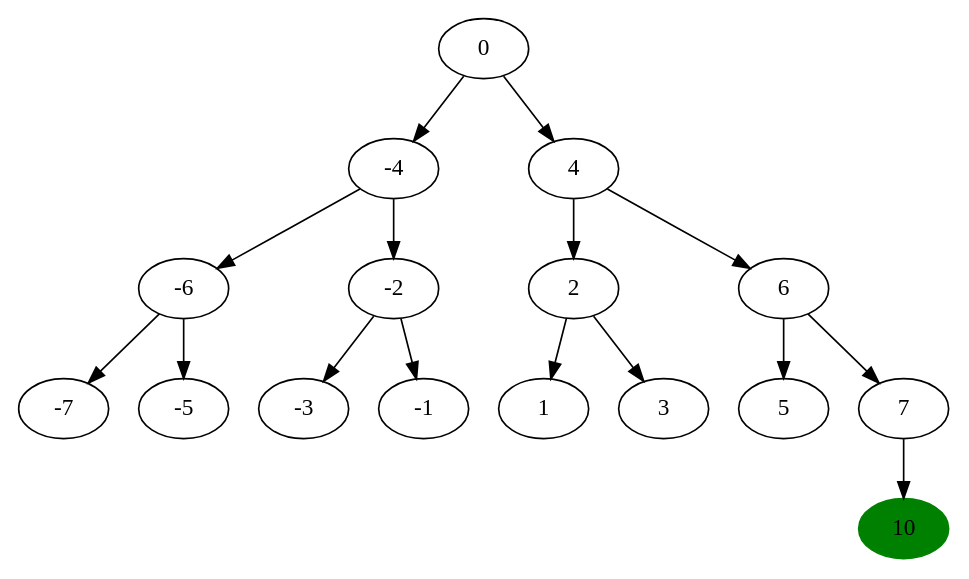
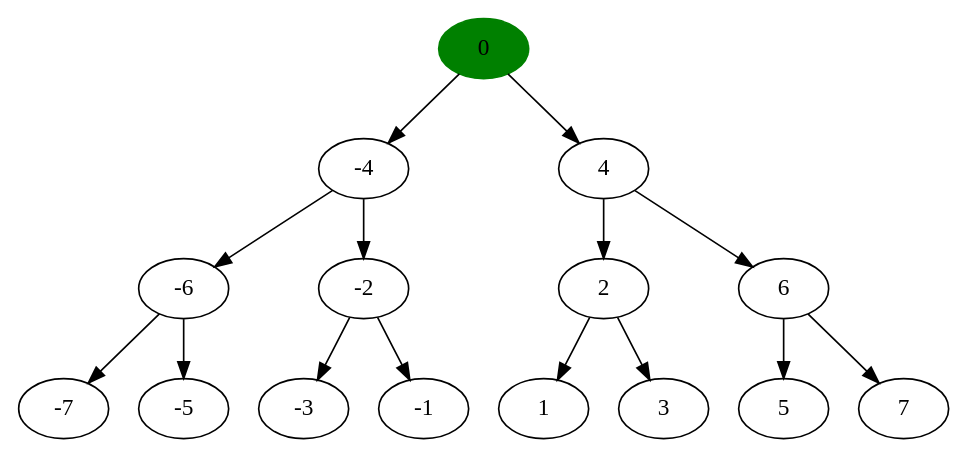
The diagram in algorithm_visualizer/src/save/tmp/tree.dot (Les-Alchimistes-Labs/AlgorithmVisualizer), drawn with Graphviz before and after one commit. The commit also changed 18 other files, not shown here.

```diff
--- a/algorithm_visualizer/src/save/tmp/tree.dot
+++ b/algorithm_visualizer/src/save/tmp/tree.dot
@@ -1,34 +1,32 @@
 digraph tree {
-//0 -4 -6 -7 -5 -2 -3 -1 4 2 1 3 6 5 7 10 
-n0 [label="0"]
+//0 -4 -6 -7 -5 -2 -3 -1 4 2 1 3 6 5 7 
+n0 [label="0", style = filled , color = green]
 n_4 [label="-4"]
 n_6 [label="-6"]
 n_7 [label="-7"]
 n_5 [label="-5"]
 n_2 [label="-2"]
 n_3 [label="-3"]
 n_1 [label="-1"]
 n4 [label="4"]
 n2 [label="2"]
 n1 [label="1"]
 n3 [label="3"]
 n6 [label="6"]
 n5 [label="5"]
 n7 [label="7"]
-n10 [label="10", style = filled , color = green]
 n0->n_4
 n0->n4
 n_4->n_6
 n_4->n_2
 n4->n2
 n4->n6
 n_6->n_7
 n_6->n_5
 n_2->n_3
 n_2->n_1
 n2->n1
 n2->n3
 n6->n5
 n6->n7
-n7->n10
 }
```
